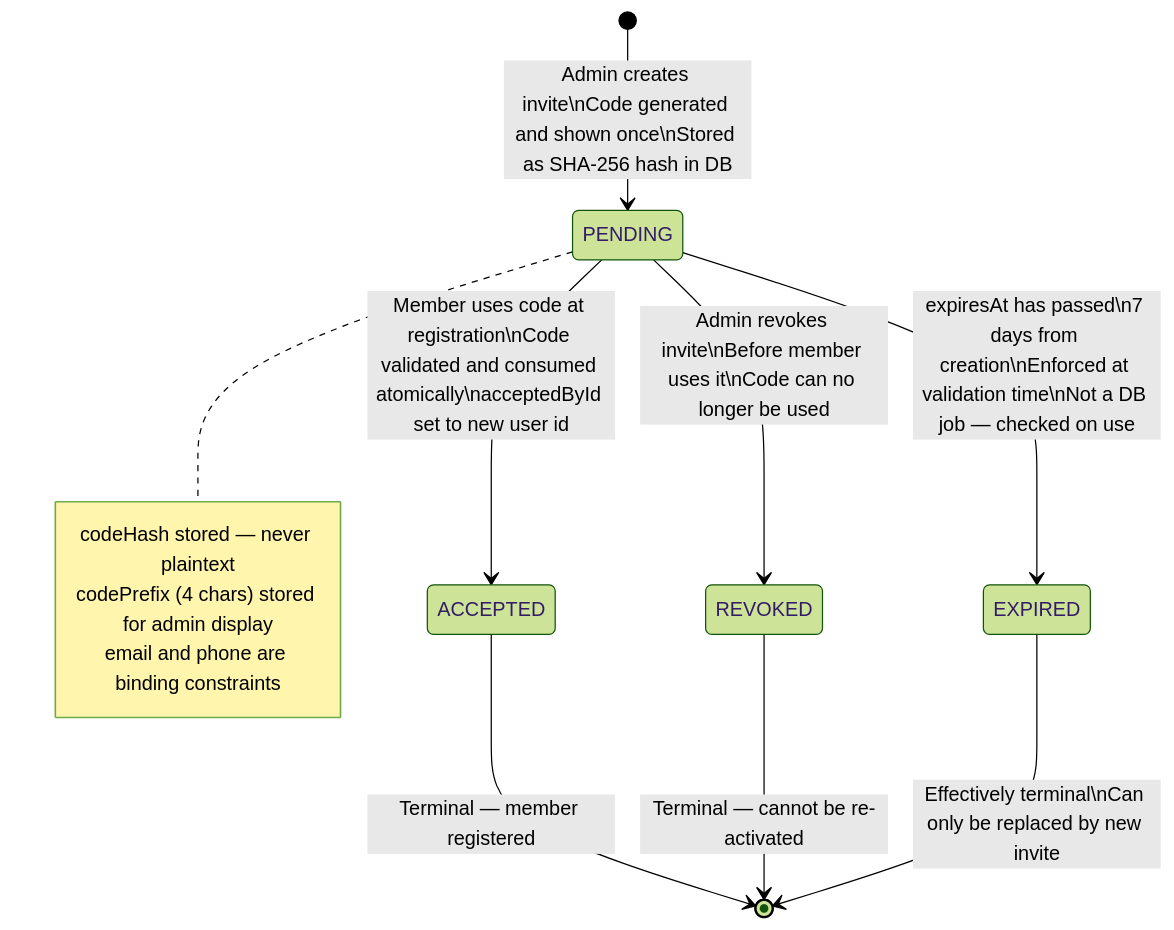
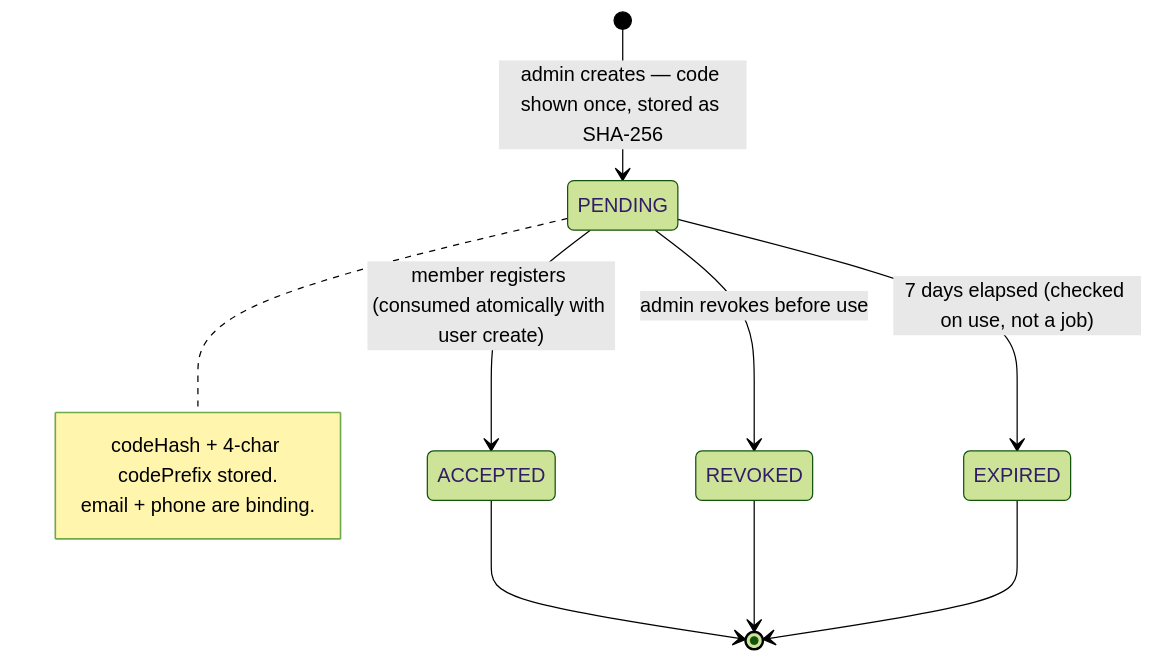
Before and after one commit to KSDRILL-SA/Xkimi-Xa-Mali: the first of 3 diagrams in docs/flows/05-invite-registration-flow.md, drawn with Mermaid (forest theme). The commit also changed other lines of this file and 4 other files, not shown here.

First line of the commit message:
docs: tighten flow diagrams and correct stale framing (#190)

````diff
--- a/docs/flows/05-invite-registration-flow.md
+++ b/docs/flows/05-invite-registration-flow.md
@@ -22,20 +9,14 @@
 ```mermaid
 stateDiagram-v2
-    [*] --> PENDING : Admin creates invite\nCode generated and shown once\nStored as SHA-256 hash in DB
-
-    PENDING --> ACCEPTED : Member uses code at registration\nCode validated and consumed atomically\nacceptedById set to new user id
-
-    PENDING --> REVOKED : Admin revokes invite\nBefore member uses it\nCode can no longer be used
-
-    PENDING --> EXPIRED : expiresAt has passed\n7 days from creation\nEnforced at validation time\nNot a DB job — checked on use
-
-    ACCEPTED --> [*] : Terminal — member registered
-    REVOKED --> [*] : Terminal — cannot be re-activated
-    EXPIRED --> [*] : Effectively terminal\nCan only be replaced by new invite
-
+    [*] --> PENDING : admin creates — code shown once, stored as SHA-256
+    PENDING --> ACCEPTED : member registers (consumed atomically with user create)
+    PENDING --> REVOKED : admin revokes before use
+    PENDING --> EXPIRED : 7 days elapsed (checked on use, not a job)
+    ACCEPTED --> [*]
+    REVOKED --> [*]
+    EXPIRED --> [*]
     note right of PENDING
-        codeHash stored — never plaintext
-        codePrefix (4 chars) stored for admin display
-        email and phone are binding constraints
+        codeHash + 4-char codePrefix stored.
+        email + phone are binding.
     end note
 ```
````
